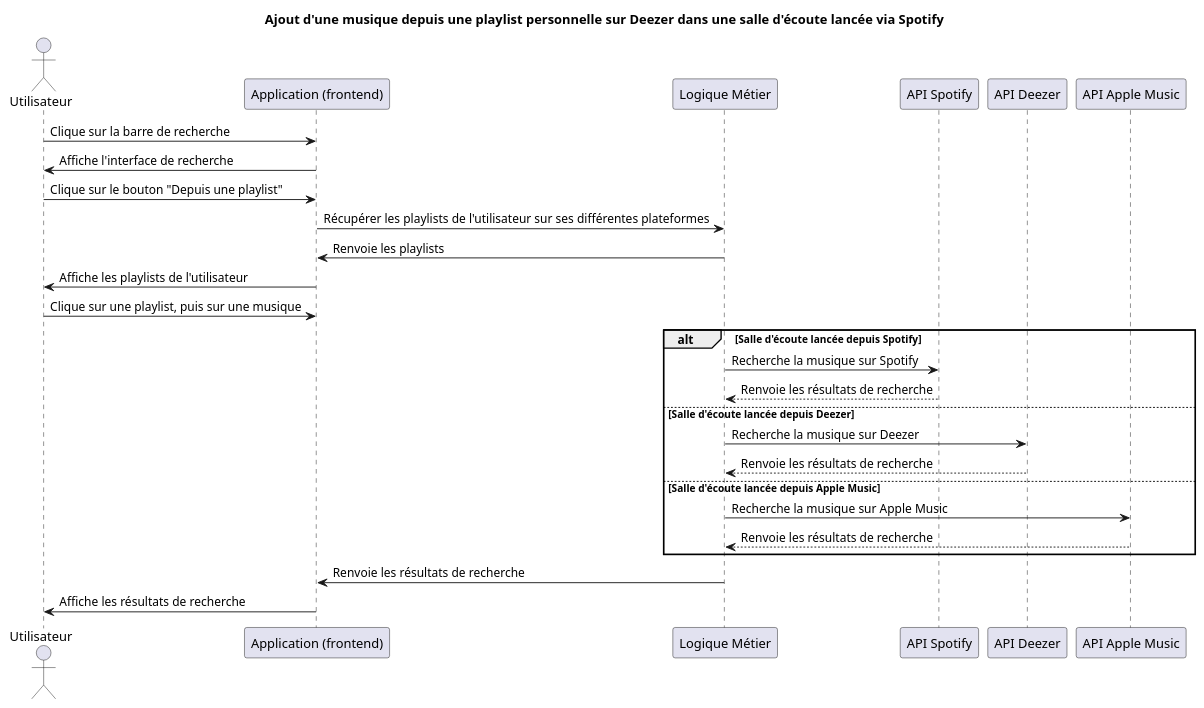
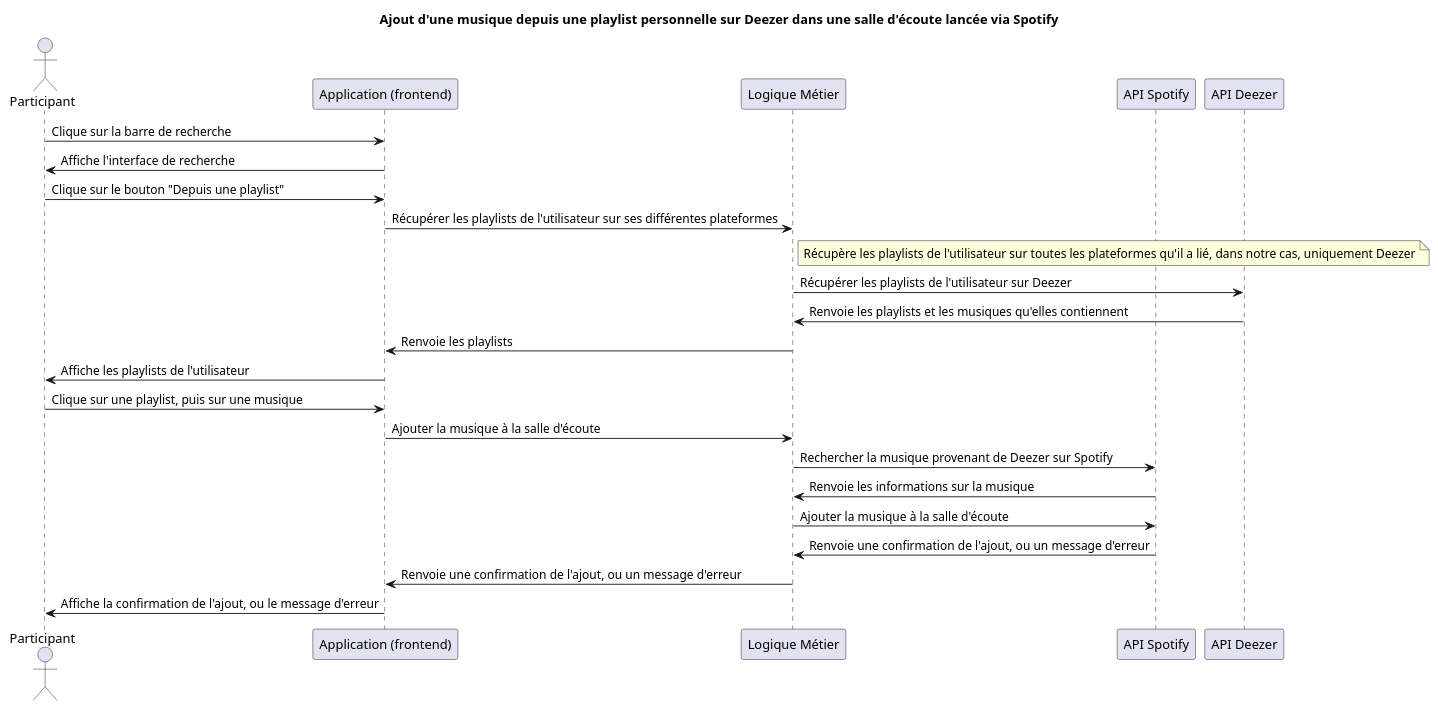
One commit to datsmysong/app changed the diagram in Document du projet/Etude préalable/Diagrammes/Diagrammes de séquence/ajout_musique_dans_file_d_attente.puml. Above: the diagram before and after it, drawn with PlantUML.

Commit message:
refactor(etude): updated sequence diagram to precise from Deezer playlist to Spotify listening room

```diff
--- a/Document du projet/Etude préalable/Diagrammes/Diagrammes de séquence/ajout_musique_dans_file_d_attente.puml
+++ b/Document du projet/Etude préalable/Diagrammes/Diagrammes de séquence/ajout_musique_dans_file_d_attente.puml
@@ -1,36 +1,28 @@
 @startuml Ajout d'une musique depuis une playlist personnelle sur Deezer dans une salle d'écoute lancée via Spotify
 title Ajout d'une musique depuis une playlist personnelle sur Deezer dans une salle d'écoute lancée via Spotify
 
-actor Utilisateur as User
+actor Participant as User
 participant App as "Application (frontend)"
 participant LogiqueMetier as "Logique Métier"
 participant SpotifyAPI as "API Spotify"
 participant DeezerAPI as "API Deezer"
-participant AppleMusicAPI as "API Apple Music"
 
 User -> App: Clique sur la barre de recherche
 User <- App: Affiche l'interface de recherche
 User -> App: Clique sur le bouton "Depuis une playlist"
 App -> LogiqueMetier: Récupérer les playlists de l'utilisateur sur ses différentes plateformes
+note right of LogiqueMetier: Récupère les playlists de l'utilisateur sur toutes les plateformes qu'il a lié, dans notre cas, uniquement Deezer
+LogiqueMetier -> DeezerAPI: Récupérer les playlists de l'utilisateur sur Deezer
+LogiqueMetier <- DeezerAPI: Renvoie les playlists et les musiques qu'elles contiennent
 App <- LogiqueMetier: Renvoie les playlists
 User <- App: Affiche les playlists de l'utilisateur
 User -> App: Clique sur une playlist, puis sur une musique
-
-
-alt Salle d'écoute lancée depuis Spotify
-  LogiqueMetier -> SpotifyAPI: Recherche la musique sur Spotify
-  SpotifyAPI --> LogiqueMetier: Renvoie les résultats de recherche
-
-else Salle d'écoute lancée depuis Deezer
-  LogiqueMetier -> DeezerAPI: Recherche la musique sur Deezer
-  DeezerAPI --> LogiqueMetier: Renvoie les résultats de recherche
-
-else Salle d'écoute lancée depuis Apple Music
-  LogiqueMetier -> AppleMusicAPI: Recherche la musique sur Apple Music
-  AppleMusicAPI --> LogiqueMetier: Renvoie les résultats de recherche
-end
-
-LogiqueMetier -> App: Renvoie les résultats de recherche
-App -> User: Affiche les résultats de recherche
+App -> LogiqueMetier: Ajouter la musique à la salle d'écoute
+LogiqueMetier -> SpotifyAPI: Rechercher la musique provenant de Deezer sur Spotify
+SpotifyAPI -> LogiqueMetier: Renvoie les informations sur la musique
+LogiqueMetier -> SpotifyAPI: Ajouter la musique à la salle d'écoute
+SpotifyAPI -> LogiqueMetier: Renvoie une confirmation de l'ajout, ou un message d'erreur
+App <- LogiqueMetier: Renvoie une confirmation de l'ajout, ou un message d'erreur
+User <- App: Affiche la confirmation de l'ajout, ou le message d'erreur
 
 @enduml
```
